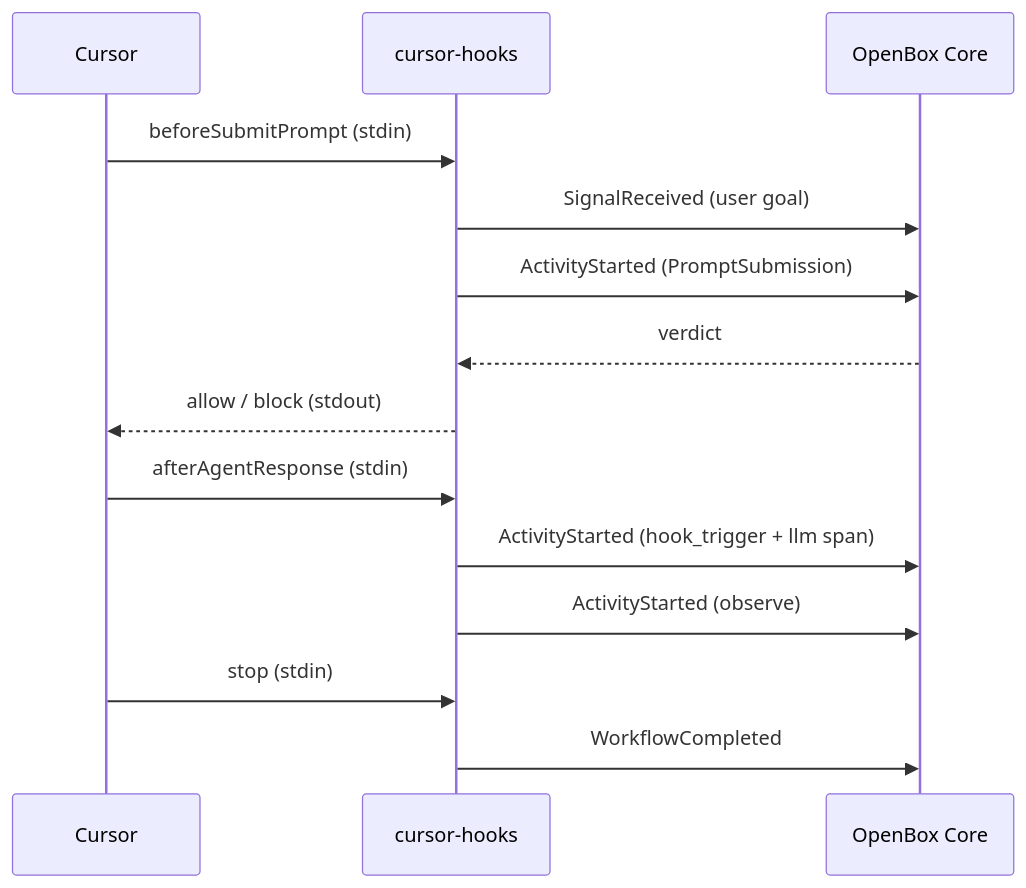
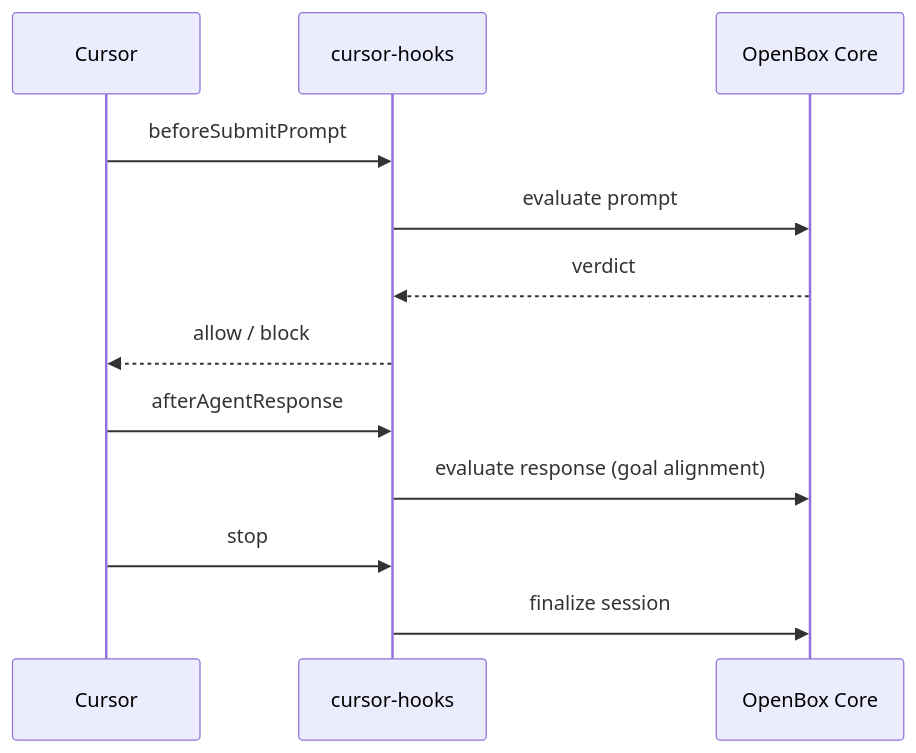
The diagram in website/docs/developer-guide/cursor-hooks/index.md (OpenBox-AI/openbox-document), drawn with Mermaid before and after one commit. The commit also changed other lines of this file, not shown here.

````diff
--- a/website/docs/developer-guide/cursor-hooks/index.md
+++ b/website/docs/developer-guide/cursor-hooks/index.md
@@ -19,19 +19,17 @@
 ```mermaid
 sequenceDiagram
     participant C as Cursor
     participant H as cursor-hooks
     participant O as OpenBox Core
 
-    C->>H: beforeSubmitPrompt (stdin)
-    H->>O: SignalReceived (user goal)
-    H->>O: ActivityStarted (PromptSubmission)
+    C->>H: beforeSubmitPrompt
+    H->>O: evaluate prompt
     O-->>H: verdict
-    H-->>C: allow / block (stdout)
+    H-->>C: allow / block
 
-    C->>H: afterAgentResponse (stdin)
-    H->>O: ActivityStarted (hook_trigger + llm span)
-    H->>O: ActivityStarted (observe)
+    C->>H: afterAgentResponse
+    H->>O: evaluate response (goal alignment)
 
-    C->>H: stop (stdin)
-    H->>O: WorkflowCompleted
+    C->>H: stop
+    H->>O: finalize session
 ```
````
